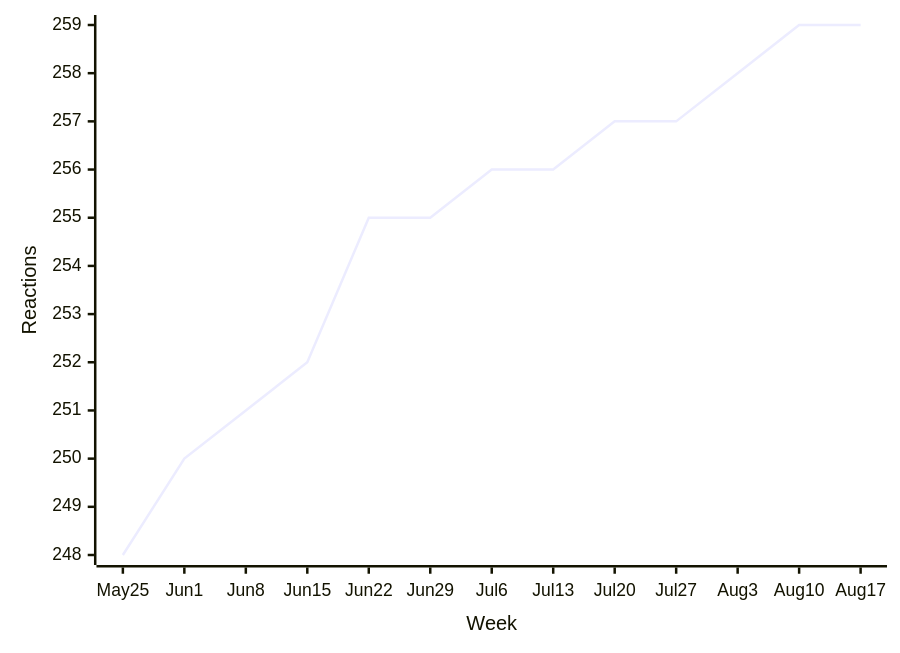
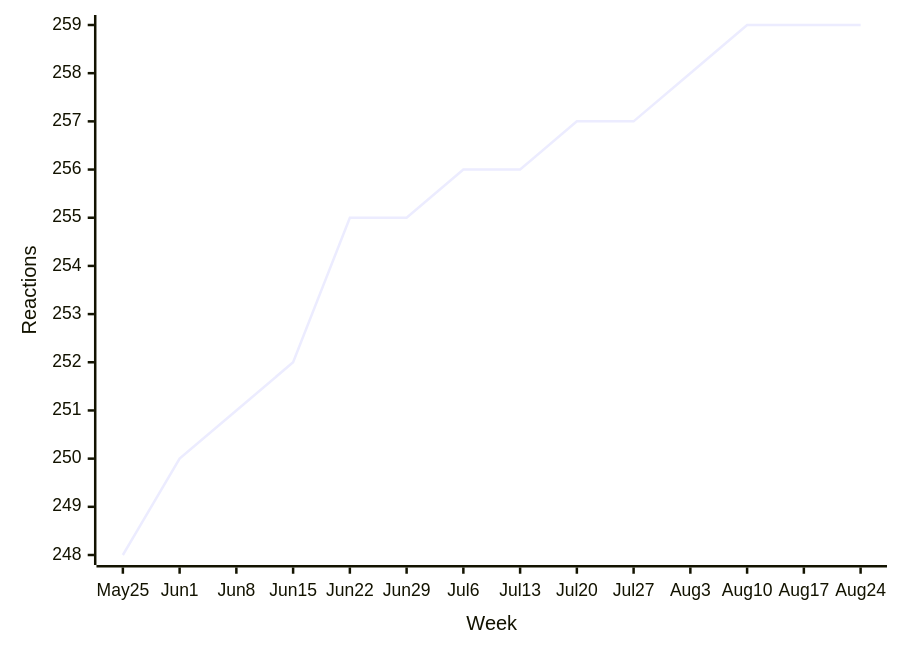
Before and after one commit to loic-sharma/github-insights: the tenth of 38 diagrams in README.md, drawn with Mermaid. The commit also changed other lines of this file and 3 other files, not shown here.

````diff
--- a/README.md
+++ b/README.md
@@ -477,6 +477,6 @@
   ```mermaid
   xychart-beta
-    x-axis "Week" [May 25, Jun 1, Jun 8, Jun 15, Jun 22, Jun 29, Jul 6, Jul 13, Jul 20, Jul 27, Aug 3, Aug 10, Aug 17]
+    x-axis "Week" [May 25, Jun 1, Jun 8, Jun 15, Jun 22, Jun 29, Jul 6, Jul 13, Jul 20, Jul 27, Aug 3, Aug 10, Aug 17, Aug 24]
     y-axis "Reactions"
-    line [248, 250, 251, 252, 255, 255, 256, 256, 257, 257, 258, 259, 259]
+    line [248, 250, 251, 252, 255, 255, 256, 256, 257, 257, 258, 259, 259, 259]
   ```
````
